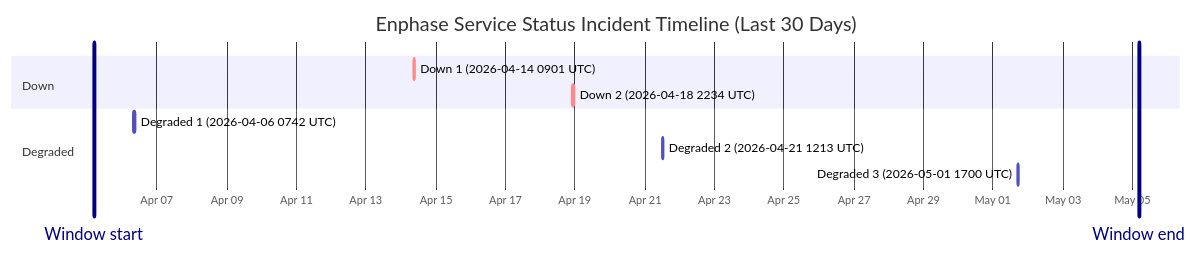
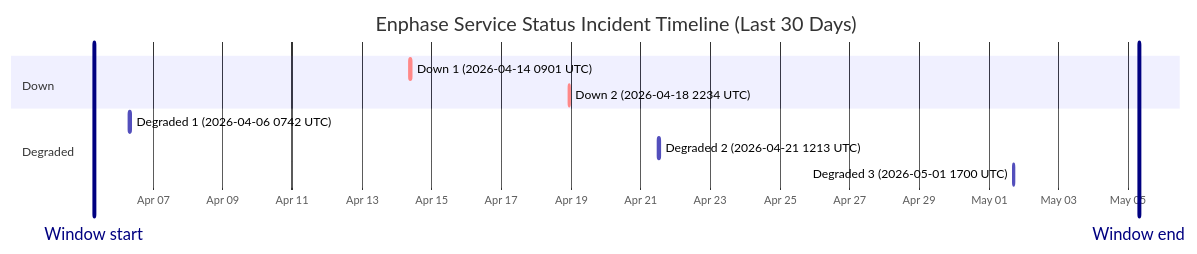
Before and after one commit to barneyonline/ha-enphase-ev-charger: the diagram in wiki/Service-Status-History.md, drawn with Mermaid. The commit also changed other lines of this file and 3 other files, not shown here.

````diff
--- a/wiki/Service-Status-History.md
+++ b/wiki/Service-Status-History.md
@@ -14,15 +14,15 @@
 ```mermaid
 gantt
     title Enphase Service Status Incident Timeline (Last 30 Days)
     dateFormat  YYYY-MM-DDTHH:mm:ss
     axisFormat  %b %d
-    Window start :vert, window-start, 2026-04-05T04:40:15, 0ms
-    Window end :vert, window-end, 2026-05-05T04:40:15, 0ms
+    Window start :vert, window-start, 2026-04-05T07:16:30, 0ms
+    Window end :vert, window-end, 2026-05-05T07:16:30, 0ms
     section Down
     Down 1 (2026-04-14 0901 UTC) :crit, down-1, 2026-04-14T09:01:13, 60m
     Down 2 (2026-04-18 2234 UTC) :crit, down-2, 2026-04-18T22:34:13, 60m
     section Degraded
     Degraded 1 (2026-04-06 0742 UTC) :active, degraded-1, 2026-04-06T07:42:09, 85m
     Degraded 2 (2026-04-21 1213 UTC) :active, degraded-2, 2026-04-21T12:13:11, 60m
     Degraded 3 (2026-05-01 1700 UTC) :active, degraded-3, 2026-05-01T17:00:22, 60m
 ```
````
